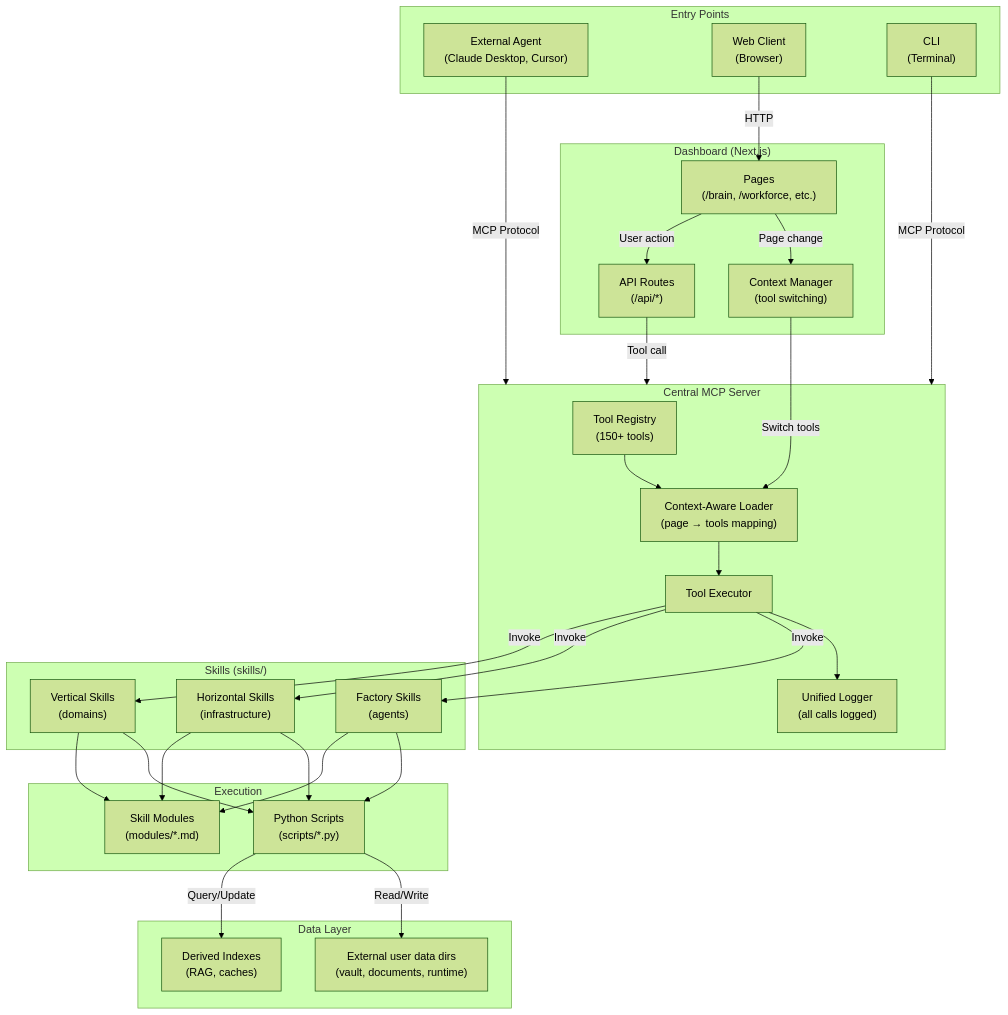
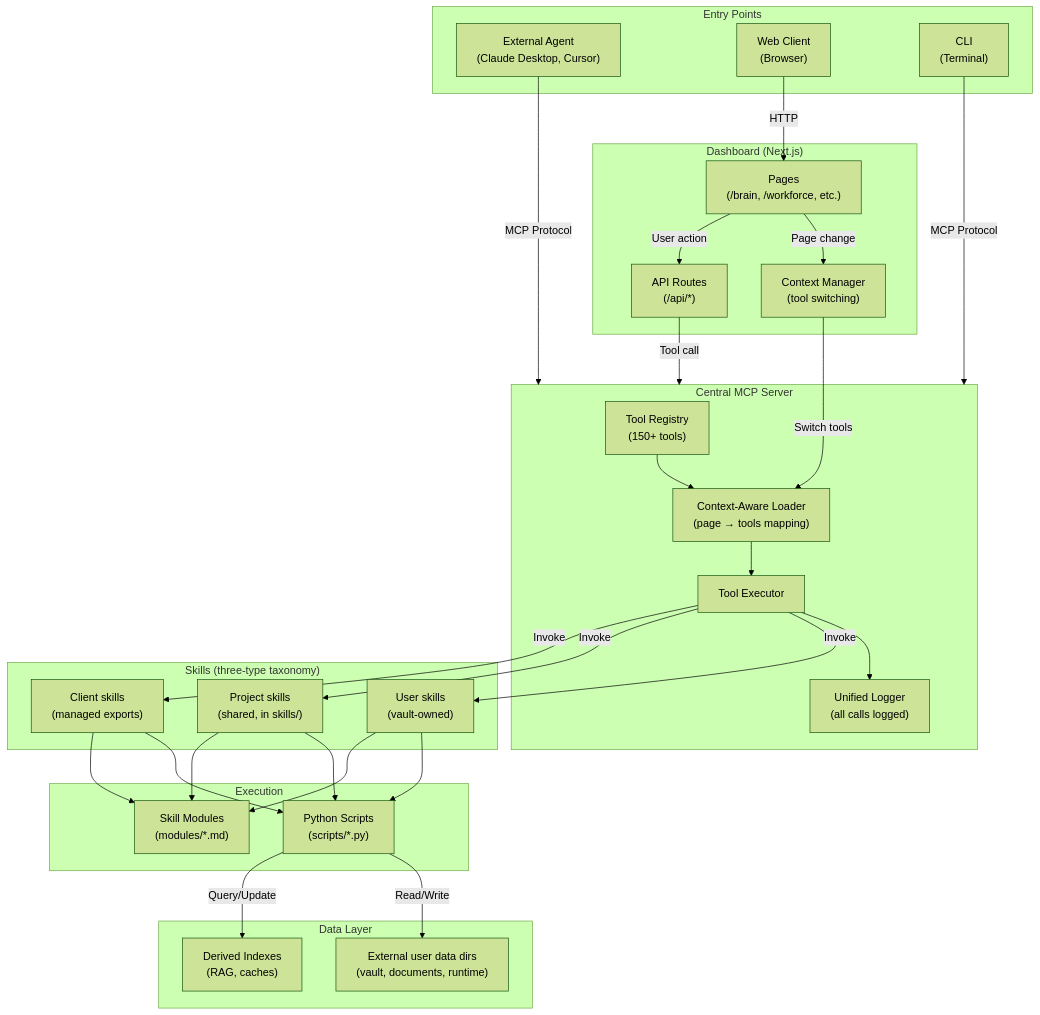
The first of 2 diagrams in docs/architecture-mcp-gateway.md (augur-os/augur-os), drawn with Mermaid (forest theme) before and after one commit. The commit also changed other lines of this file, not shown here.

Commit message:
docs(mcp-gateway): align terminology with new architecture overview
Skills subgraph now uses User/Project/Client three-type taxonomy.
Intro defers to architecture-overview.md §How an action flows for the
cross-component sequence; this doc covers gateway-internal detail.
Replaces outdated Factory/Horizontal/Vertical skill grouping. Soft-launch
hedge language removed.

````diff
--- a/docs/architecture-mcp-gateway.md
+++ b/docs/architecture-mcp-gateway.md
@@ -82,70 +81,70 @@
 ```mermaid
 flowchart TB
     subgraph Clients["Entry Points"]
         ExtAgent["External Agent\n(Claude Desktop, Cursor)"]
         WebClient["Web Client\n(Browser)"]
         CLI["CLI\n(Terminal)"]
     end
 
     subgraph Dashboard["Dashboard (Next.js)"]
         Pages["Pages\n(/brain, /workforce, etc.)"]
         APIRoutes["API Routes\n(/api/*)"]
         ContextMgr["Context Manager\n(tool switching)"]
     end
 
     subgraph MCP["Central MCP Server"]
         ToolRegistry["Tool Registry\n(150+ tools)"]
         ContextLoader["Context-Aware Loader\n(page → tools mapping)"]
         Logger["Unified Logger\n(all calls logged)"]
         Executor["Tool Executor"]
     end
 
-    subgraph Skills["Skills (skills/)"]
-        Factory["Factory Skills\n(agents)"]
-        Horizontal["Horizontal Skills\n(infrastructure)"]
-        Vertical["Vertical Skills\n(domains)"]
+    subgraph Skills["Skills (three-type taxonomy)"]
+        UserSkills["User skills\n(vault-owned)"]
+        ProjectSkills["Project skills\n(shared, in skills/)"]
+        ClientSkills["Client skills\n(managed exports)"]
     end
 
     subgraph Execution["Execution"]
         Scripts["Python Scripts\n(scripts/*.py)"]
         Modules["Skill Modules\n(modules/*.md)"]
     end
 
     subgraph Data["Data Layer"]
         DataRepo["External user data dirs\n(vault, documents, runtime)"]
         Indexes["Derived Indexes\n(RAG, caches)"]
     end
 
     %% Client connections
     ExtAgent -->|"MCP Protocol"| MCP
     WebClient -->|"HTTP"| Pages
     CLI -->|"MCP Protocol"| MCP
 
     %% Dashboard flow
     Pages -->|"Page change"| ContextMgr
     Pages -->|"User action"| APIRoutes
     APIRoutes -->|"Tool call"| MCP
     ContextMgr -->|"Switch tools"| ContextLoader
 
     %% MCP internal
     ToolRegistry --> ContextLoader
     ContextLoader --> Executor
     Executor --> Logger
 
     %% MCP to Skills
-    Executor -->|"Invoke"| Factory
-    Executor -->|"Invoke"| Horizontal
-    Executor -->|"Invoke"| Vertical
+    Executor -->|"Invoke"| UserSkills
+    Executor -->|"Invoke"| ProjectSkills
+    Executor -->|"Invoke"| ClientSkills
 
     %% Skills to Execution
-    Factory --> Scripts
-    Horizontal --> Scripts
-    Vertical --> Scripts
-    Factory --> Modules
-    Horizontal --> Modules
-    Vertical --> Modules
+    UserSkills --> Scripts
+    ProjectSkills --> Scripts
+    ClientSkills --> Scripts
+    UserSkills --> Modules
+    ProjectSkills --> Modules
+    ClientSkills --> Modules
 
     %% Data access
     Scripts -->|"Read/Write"| DataRepo
     Scripts -->|"Query/Update"| Indexes
 ```
````
